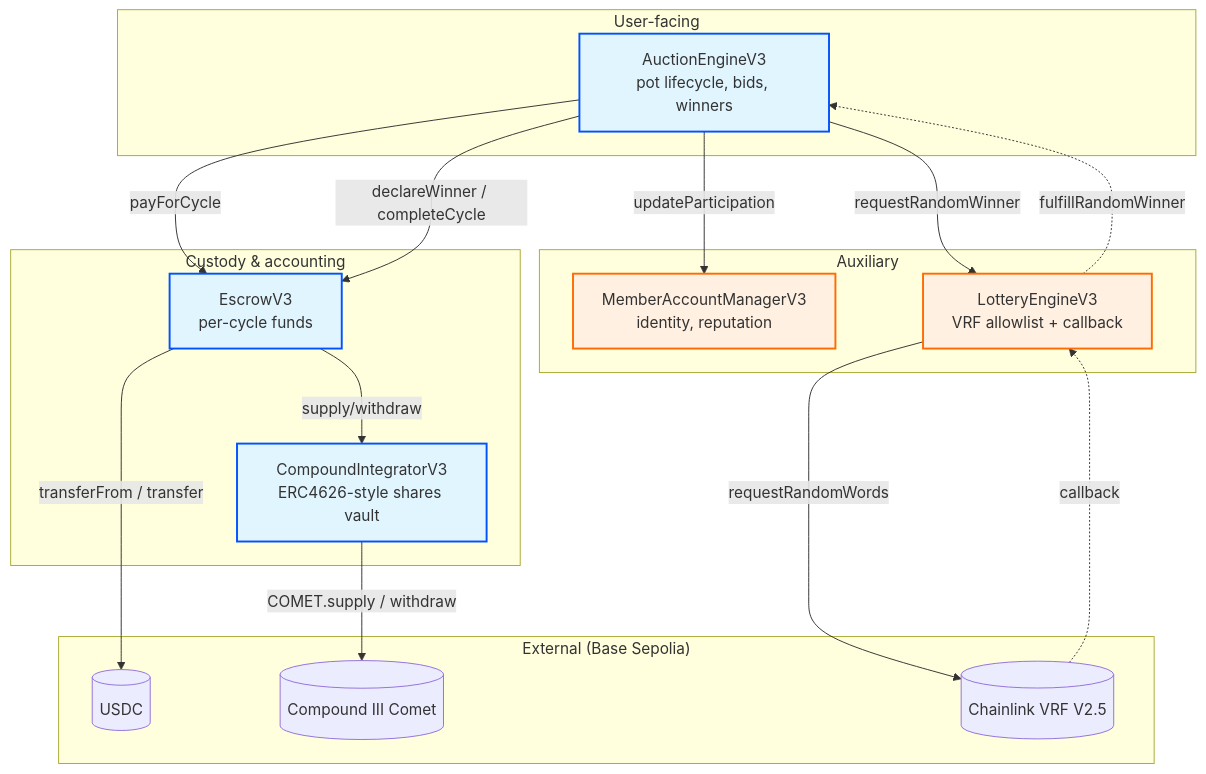
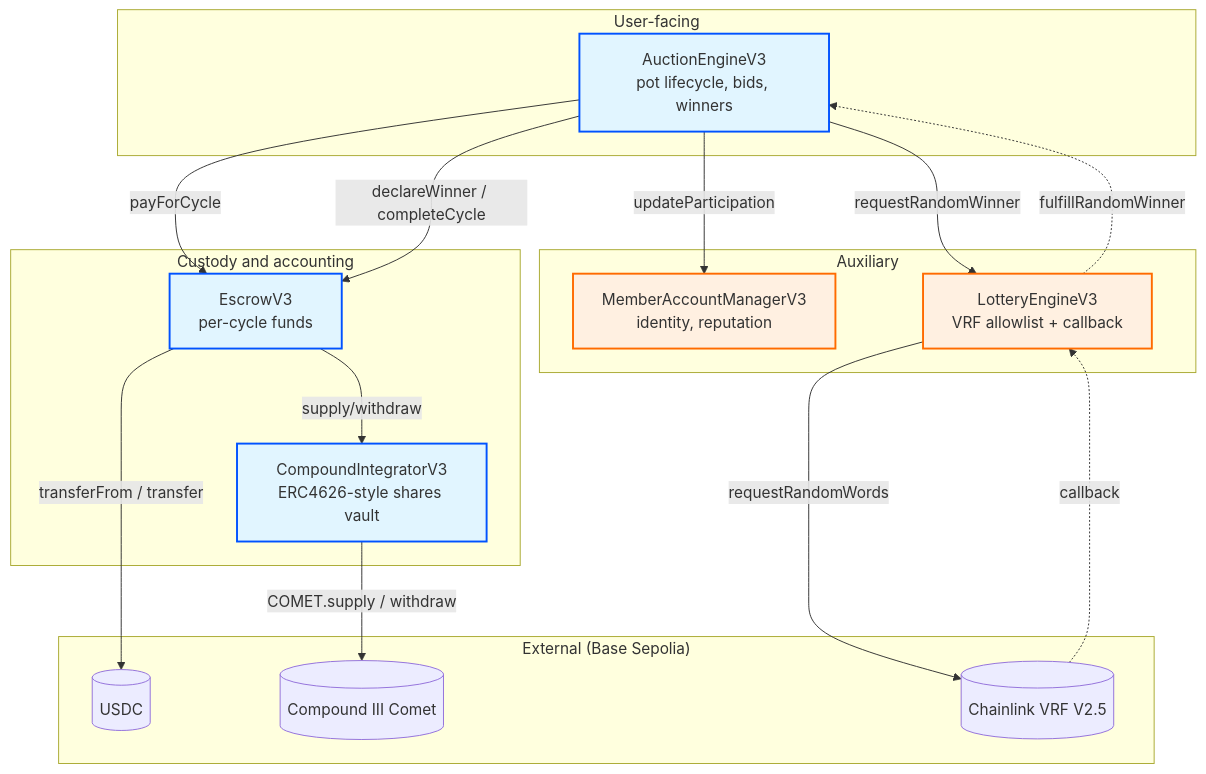
Before and after one commit to Web3Spell/chainpot: the second of 4 diagrams in README.md, drawn with Mermaid. The commit also changed 1 other file, not shown here.

Commit message:
docs: fix mermaid render errors on GitHub
- Replace `&amp;` HTML entities with `and` inside mermaid Note/subgraph
  labels (README architecture graph + userpersona sequence diagram).
  GitHub's mermaid parser rejects HTML entities inside these contexts.
- Remove `<br/>` from mindmap root in userpersona.md — root((...)) syntax
  doesn't reliably support HTML breaks across mermaid versions.

````diff
--- a/README.md
+++ b/README.md
@@ -90,39 +90,39 @@
 ```mermaid
 graph TB
     subgraph User["User-facing"]
         AE[AuctionEngineV3<br/>pot lifecycle, bids, winners]
     end
 
-    subgraph Custody["Custody &amp; accounting"]
+    subgraph Custody["Custody and accounting"]
         ES[EscrowV3<br/>per-cycle funds]
         CI[CompoundIntegratorV3<br/>ERC4626-style shares vault]
     end
 
     subgraph Auxiliary["Auxiliary"]
         MAM[MemberAccountManagerV3<br/>identity, reputation]
         LE[LotteryEngineV3<br/>VRF allowlist + callback]
     end
 
     subgraph External["External (Base Sepolia)"]
         USDC[(USDC)]
         COMET[(Compound III Comet)]
         VRF[(Chainlink VRF V2.5)]
     end
 
     AE -->|payForCycle| ES
     AE -->|declareWinner / completeCycle| ES
     AE -->|updateParticipation| MAM
     AE -->|requestRandomWinner| LE
     ES -->|supply/withdraw| CI
     CI -->|COMET.supply / withdraw| COMET
     LE -->|requestRandomWords| VRF
     VRF -.callback.-> LE
     LE -.fulfillRandomWinner.-> AE
     ES -->|transferFrom / transfer| USDC
 
     style AE fill:#e1f5ff,stroke:#0052FF,stroke-width:2px
     style ES fill:#e1f5ff,stroke:#0052FF,stroke-width:2px
     style CI fill:#e1f5ff,stroke:#0052FF,stroke-width:2px
     style MAM fill:#fff0e1,stroke:#FF6B00,stroke-width:2px
     style LE fill:#fff0e1,stroke:#FF6B00,stroke-width:2px
 ```
````
